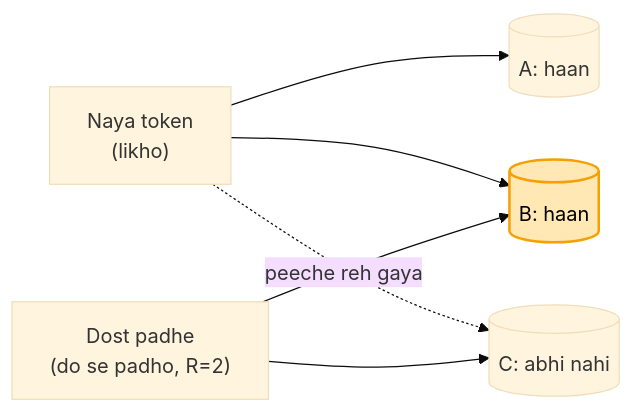
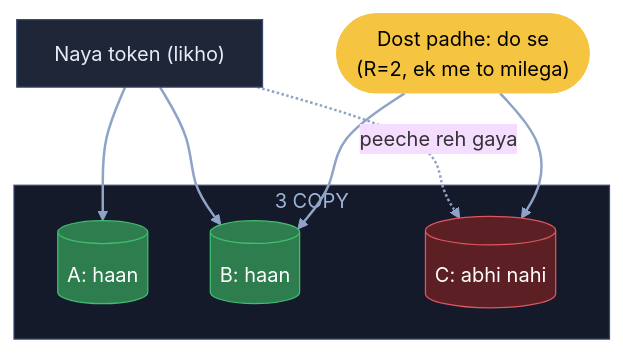
The tenth of 13 diagrams in 04_HLD/SYSTEM_DESIGNS/01_url_shortener/01_url_shortener.md (ArpanMaheshwari144/Prep), drawn with Mermaid (base theme) before and after one commit. The commit also changed other lines of this file, not shown here.

Commit message:
URL shortener: 13 diagram YouTube (reel) wale card andaaz me

````diff
--- a/04_HLD/SYSTEM_DESIGNS/01_url_shortener/01_url_shortener.md
+++ b/04_HLD/SYSTEM_DESIGNS/01_url_shortener/01_url_shortener.md
@@ -206,9 +308,21 @@
 ```mermaid
-flowchart LR
-    W["Naya token<br/>(likho)"] --> A[("A: haan")]
-    W --> B[("B: haan")]
-    W -. "peeche reh gaya" .-> C[("C: abhi nahi")]
-    R["Dost padhe<br/>(do se padho, R=2)"] --> B
-    R --> C
-    style B fill:#ffe8b3,stroke:#f59f00,stroke-width:2px,color:#000
+flowchart TB
+    W["Naya token (likho)"]:::card
+    subgraph R["3 COPY"]
+        A[("A: haan")]:::good
+        B[("B: haan")]:::good
+        C[("C: abhi nahi")]:::bad
+    end
+    D(["Dost padhe: do se<br/>(R=2, ek me to milega)"]):::pill
+    W --> A
+    W --> B
+    W -. "peeche reh gaya" .-> C
+    D --> B
+    D --> C
+    linkStyle default stroke:#8fa3c7,stroke-width:2px
+    classDef card fill:#1e2638,stroke:#3a4a6b,color:#e8ecf5
+    classDef pill fill:#f5c542,stroke:#f5c542,color:#000
+    classDef good fill:#2e7d4f,stroke:#3fbf6f,color:#fff
+    classDef bad fill:#5c1f24,stroke:#e05561,color:#fff
+    style R fill:#141a29,stroke:#3a4a6b,color:#9fb3d9
 ```
````
